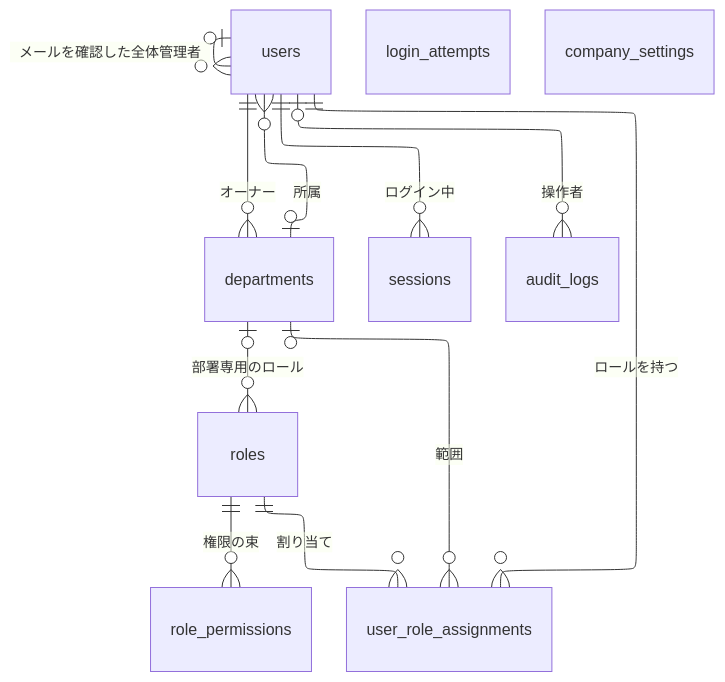
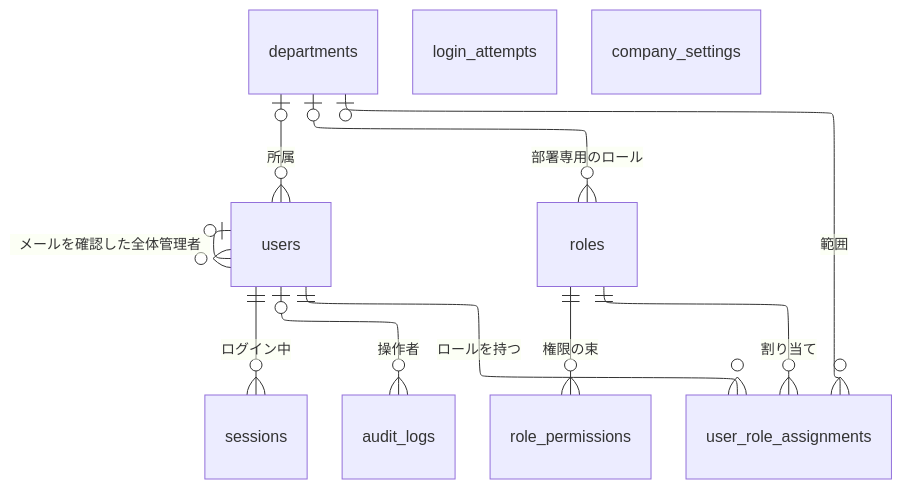
The first of 8 diagrams in docs/requirements/data-model.md (yamamotonaoki3/internal-system), drawn with Mermaid before and after one commit. The commit also changed other lines of this file and 74 other files, not shown here.

````diff
--- a/docs/requirements/data-model.md
+++ b/docs/requirements/data-model.md
@@ -43,19 +43,18 @@
 ```mermaid
 ---
 config:
   layout: elk
 ---
 erDiagram
     departments |o--o{ users : "所属"
-    users ||--o{ departments : "オーナー"
     users ||--o{ sessions : "ログイン中"
     users |o--o{ audit_logs : "操作者"
     users |o--o{ users : "メールを確認した全体管理者"
     roles ||--o{ role_permissions : "権限の束"
     roles ||--o{ user_role_assignments : "割り当て"
     users ||--o{ user_role_assignments : "ロールを持つ"
     departments |o--o{ roles : "部署専用のロール"
     departments |o--o{ user_role_assignments : "範囲"
     login_attempts
     company_settings
 ```
````
